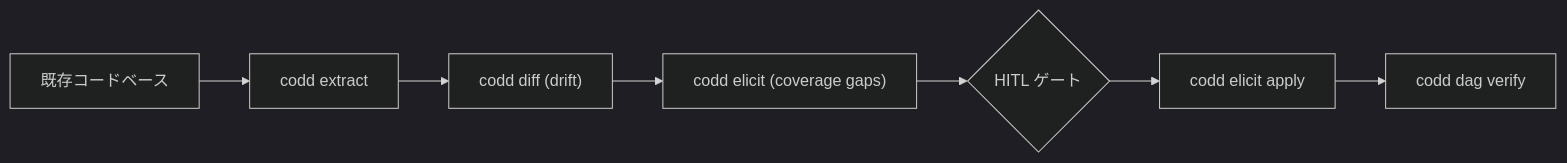
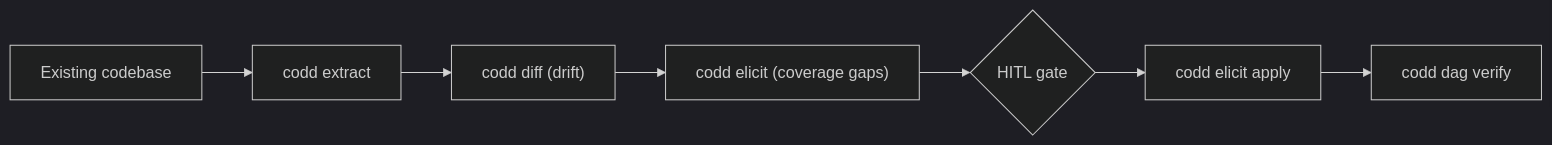
One commit to yohey-w/codd-dev changed the second of 2 diagrams in README_ja.md. Above: the diagram before and after it, drawn with Mermaid (dark theme). The commit also changed other lines of this file and 2 other files, not shown here.

First line of the commit message:
docs(readme): restructure 3-language README to user-first flow (cmd_360)

````diff
--- a/README_ja.md
+++ b/README_ja.md
@@ -80,9 +66,9 @@
 ```mermaid
 flowchart LR
-    Code["既存コードベース"] --> X["codd extract"]
+    Code["Existing codebase"] --> X["codd extract"]
     X --> DIFF["codd diff (drift)"]
     DIFF --> EL["codd elicit (coverage gaps)"]
-    EL --> H{HITL ゲート}
+    EL --> H{HITL gate}
     H --> Apply["codd elicit apply"]
     Apply --> V["codd dag verify"]
 ```
````
